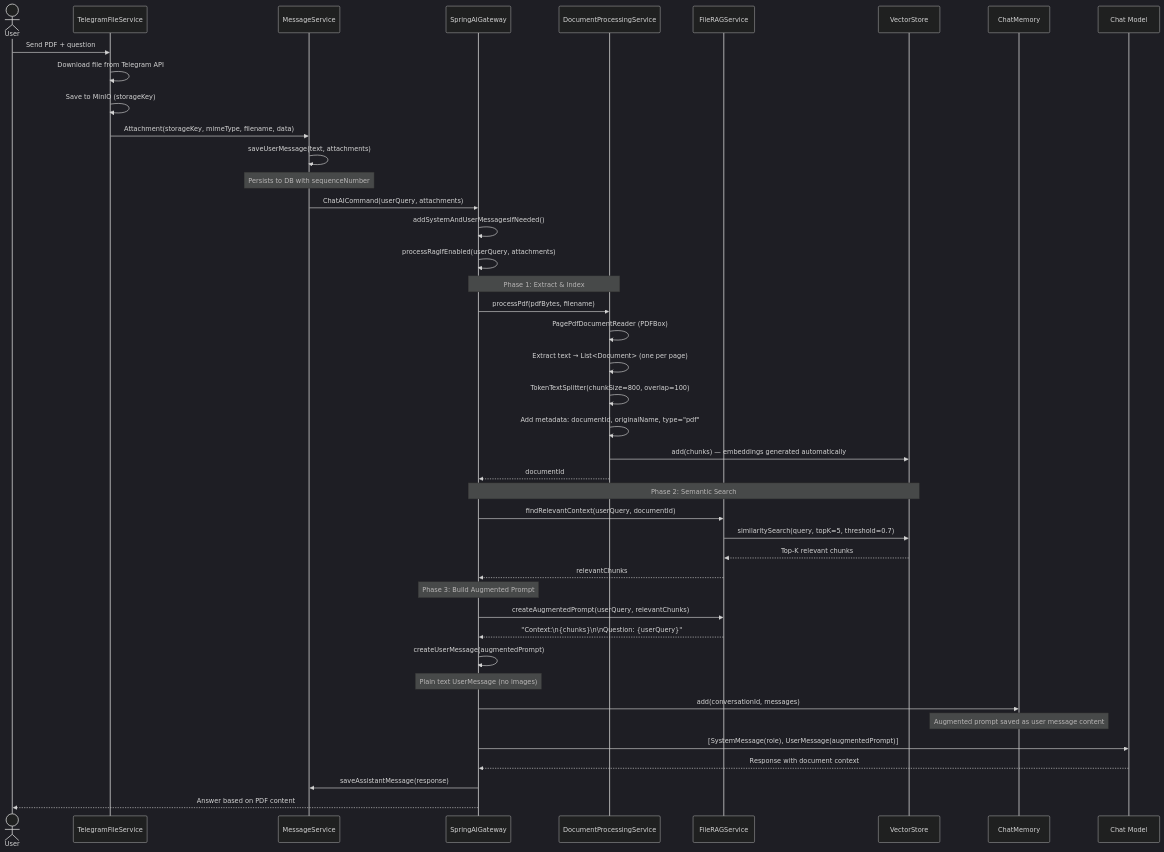
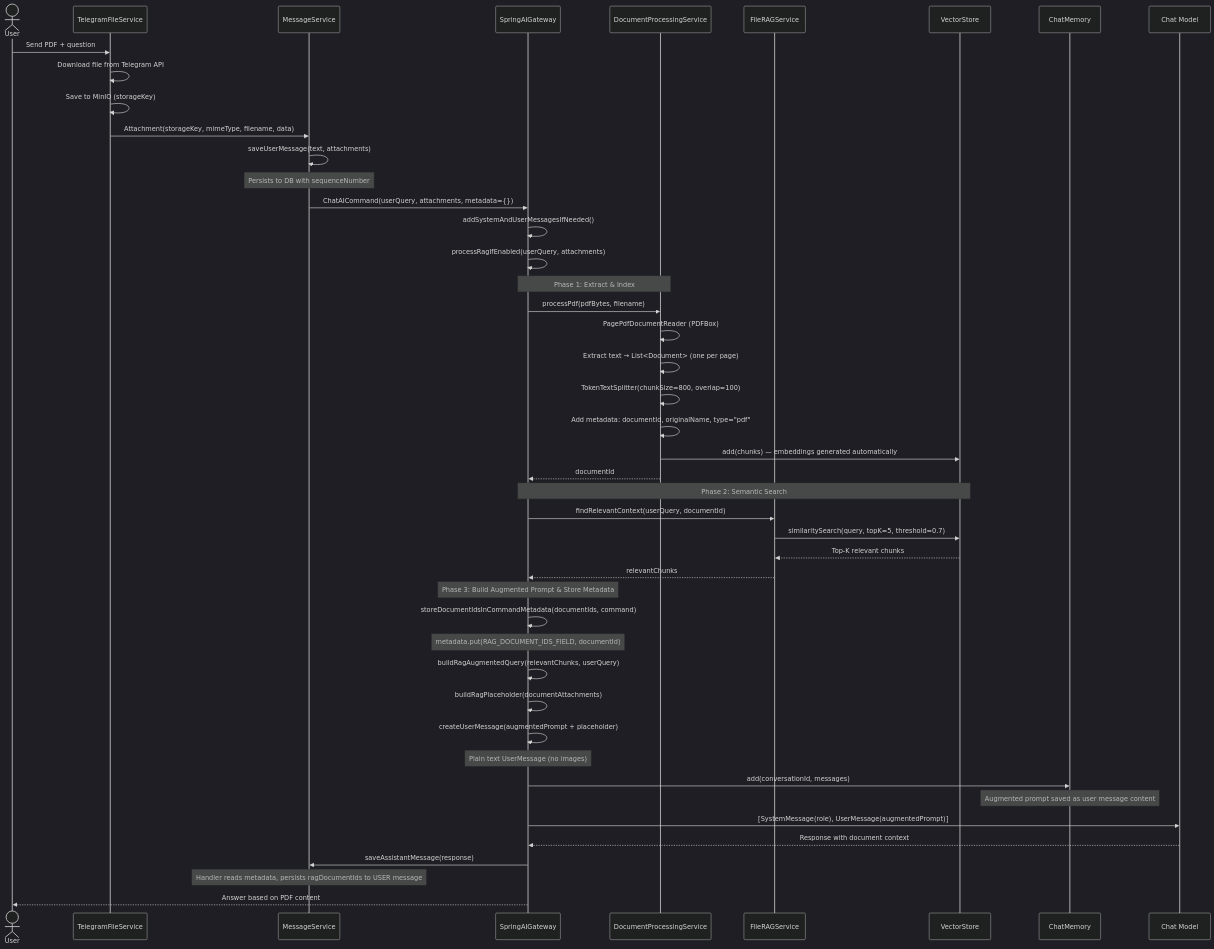
The first of 2 diagrams in docs/usecases/text-pdf-rag.md (NGirchev/open-daimon), drawn with Mermaid (dark theme) before and after one commit. The commit also changed other lines of this file and 20 other files, not shown here.

````diff
--- a/docs/usecases/text-pdf-rag.md
+++ b/docs/usecases/text-pdf-rag.md
@@ -10,58 +16,62 @@
 ```mermaid
 sequenceDiagram
     actor User
     participant TG as TelegramFileService
     participant MS as MessageService
     participant GW as SpringAIGateway
     participant DPS as DocumentProcessingService
     participant RAG as FileRAGService
     participant VS as VectorStore
     participant Mem as ChatMemory
     participant LLM as Chat Model
 
     User->>TG: Send PDF + question
     TG->>TG: Download file from Telegram API
     TG->>TG: Save to MinIO (storageKey)
     TG->>MS: Attachment(storageKey, mimeType, filename, data)
 
     MS->>MS: saveUserMessage(text, attachments)
     Note over MS: Persists to DB with sequenceNumber
 
-    MS->>GW: ChatAICommand(userQuery, attachments)
+    MS->>GW: ChatAICommand(userQuery, attachments, metadata={})
 
     GW->>GW: addSystemAndUserMessagesIfNeeded()
     GW->>GW: processRagIfEnabled(userQuery, attachments)
 
     Note over GW,DPS: Phase 1: Extract & Index
 
     GW->>DPS: processPdf(pdfBytes, filename)
     DPS->>DPS: PagePdfDocumentReader (PDFBox)
     DPS->>DPS: Extract text → List<Document> (one per page)
     DPS->>DPS: TokenTextSplitter(chunkSize=800, overlap=100)
     DPS->>DPS: Add metadata: documentId, originalName, type="pdf"
     DPS->>VS: add(chunks) — embeddings generated automatically
     DPS-->>GW: documentId
 
     Note over GW,VS: Phase 2: Semantic Search
 
     GW->>RAG: findRelevantContext(userQuery, documentId)
     RAG->>VS: similaritySearch(query, topK=5, threshold=0.7)
     VS-->>RAG: Top-K relevant chunks
     RAG-->>GW: relevantChunks
 
-    Note over GW: Phase 3: Build Augmented Prompt
+    Note over GW: Phase 3: Build Augmented Prompt & Store Metadata
 
-    GW->>RAG: createAugmentedPrompt(userQuery, relevantChunks)
-    RAG-->>GW: "Context:\n{chunks}\n\nQuestion: {userQuery}"
+    GW->>GW: storeDocumentIdsInCommandMetadata(documentIds, command)
+    Note over GW: metadata.put(RAG_DOCUMENT_IDS_FIELD, documentId)
 
-    GW->>GW: createUserMessage(augmentedPrompt)
+    GW->>GW: buildRagAugmentedQuery(relevantChunks, userQuery)
+    GW->>GW: buildRagPlaceholder(documentAttachments)
+
+    GW->>GW: createUserMessage(augmentedPrompt + placeholder)
     Note over GW: Plain text UserMessage (no images)
 
     GW->>Mem: add(conversationId, messages)
     Note over Mem: Augmented prompt saved as user message content
 
     GW->>LLM: [SystemMessage(role), UserMessage(augmentedPrompt)]
     LLM-->>GW: Response with document context
     GW->>MS: saveAssistantMessage(response)
+    Note over MS: Handler reads metadata, persists ragDocumentIds to USER message
     GW-->>User: Answer based on PDF content
 ```
````
